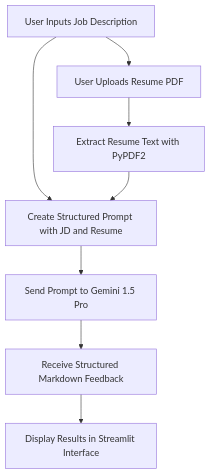
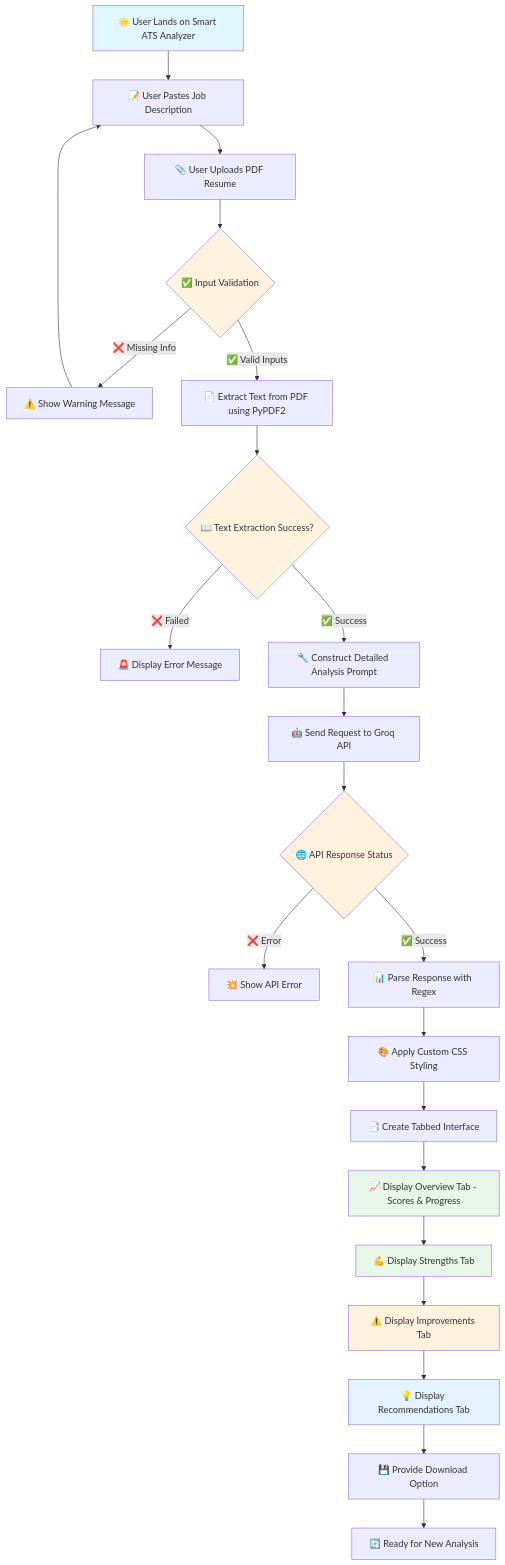
The first of 2 diagrams in README.md (SimranShaikh20/Smart-Resume-Assistant), drawn with Mermaid before and after one commit. The commit also changed other lines of this file and 3 other files, not shown here.

````diff
--- a/README.md
+++ b/README.md
@@ -34,10 +56,33 @@
 ```mermaid
 graph TD
-    A[User Inputs Job Description] --> B[User Uploads Resume PDF]
-    B --> C[Extract Resume Text with PyPDF2]
-    A --> D[Create Structured Prompt with JD and Resume]
-    C --> D
-    D --> E[Send Prompt to Gemini 1.5 Pro]
-    E --> F[Receive Structured Markdown Feedback]
-    F --> G[Display Results in Streamlit Interface]
+    A[🌟 User Lands on Smart ATS Analyzer] --> B[📝 User Pastes Job Description]
+    B --> C[📎 User Uploads PDF Resume]
+    C --> D{✅ Input Validation}
+    D -->|❌ Missing Info| E[⚠️ Show Warning Message]
+    E --> B
+    D -->|✅ Valid Inputs| F[📄 Extract Text from PDF using PyPDF2]
+    F --> G{📖 Text Extraction Success?}
+    G -->|❌ Failed| H[🚨 Display Error Message]
+    G -->|✅ Success| I[🔧 Construct Detailed Analysis Prompt]
+    I --> J[🤖 Send Request to Groq API]
+    J --> K{🌐 API Response Status}
+    K -->|❌ Error| L[💥 Show API Error]
+    K -->|✅ Success| M[📊 Parse Response with Regex]
+    M --> N[🎨 Apply Custom CSS Styling]
+    N --> O[📑 Create Tabbed Interface]
+    O --> P[📈 Display Overview Tab - Scores & Progress]
+    P --> Q[💪 Display Strengths Tab]
+    Q --> R[⚠️ Display Improvements Tab]
+    R --> S[💡 Display Recommendations Tab]
+    S --> T[💾 Provide Download Option]
+    T --> U[🔄 Ready for New Analysis]
+    
+    style A fill:#e1f5fe
+    style D fill:#fff3e0
+    style G fill:#fff3e0
+    style K fill:#fff3e0
+    style P fill:#e8f5e8
+    style Q fill:#e8f5e8
+    style R fill:#fff3e0
+    style S fill:#e3f2fd
 ```
````
